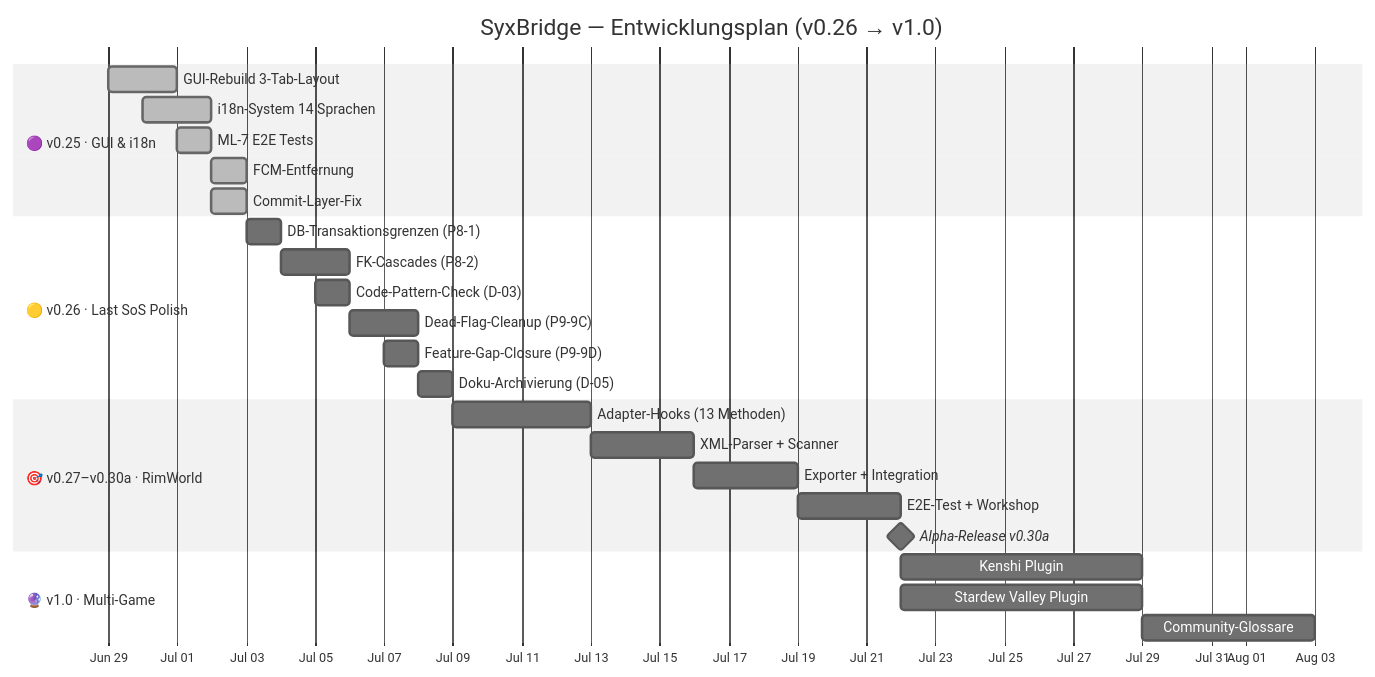
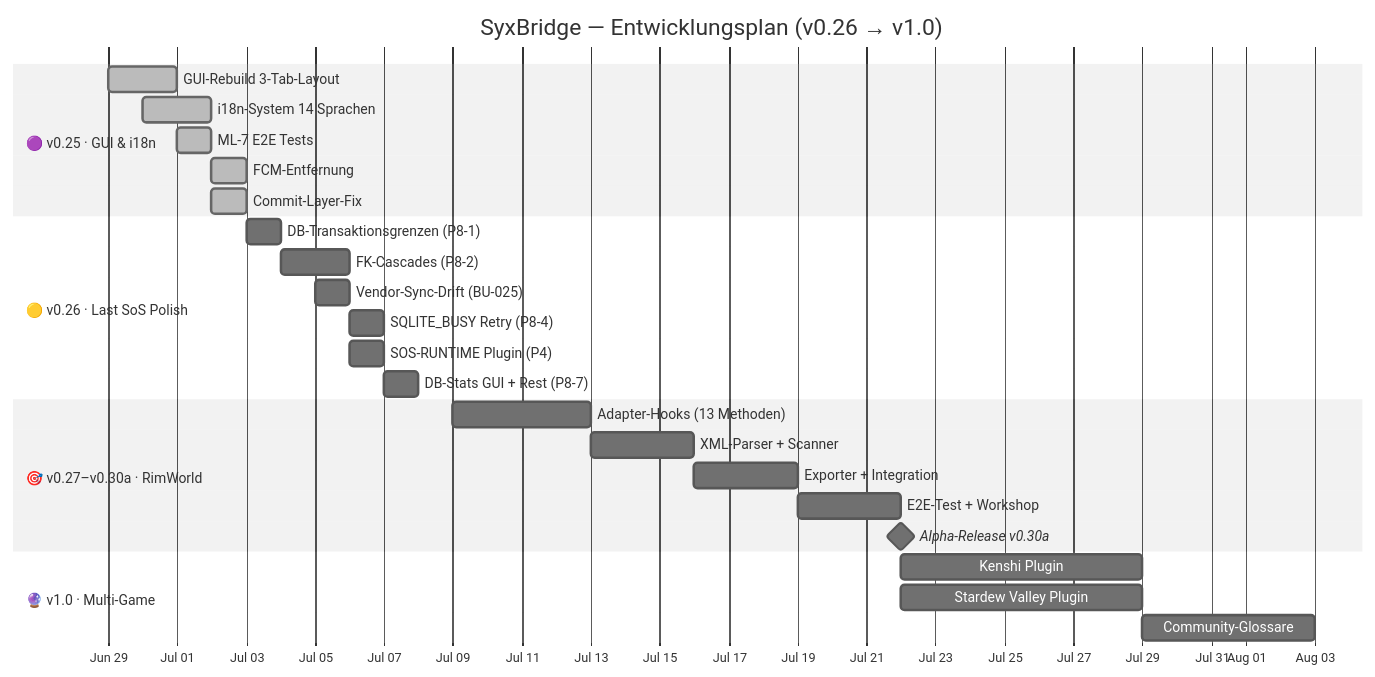
Before and after one commit to vannon091118/Syx_Bridge-Auto-Translate-Mods: the second of 2 diagrams in ROADMAP.md, drawn with Mermaid (neutral theme). The commit also changed other lines of this file and 6 other files, not shown here.

````diff
--- a/ROADMAP.md
+++ b/ROADMAP.md
@@ -130,33 +128,33 @@
 ```mermaid
 gantt
     title SyxBridge — Entwicklungsplan (v0.26 → v1.0)
     dateFormat  YYYY-MM-DD
     axisFormat  %b %d
     
     section 🟣 v0.25 · GUI & i18n
         GUI-Rebuild 3-Tab-Layout       :done, gui1, 2026-06-29, 2d
         i18n-System 14 Sprachen         :done, i18n, 2026-06-30, 2d
         ML-7 E2E Tests                  :done, e2e, 2026-07-01, 1d
         FCM-Entfernung                  :done, fcm, 2026-07-02, 1d
         Commit-Layer-Fix                :done, clfix, 2026-07-02, 1d
     
     section 🟡 v0.26 · Last SoS Polish
         DB-Transaktionsgrenzen (P8-1)   :p8a, 2026-07-03, 1d
         FK-Cascades (P8-2)              :p8b, 2026-07-04, 2d
-        Code-Pattern-Check (D-03)       :d03, 2026-07-05, 1d
-        Dead-Flag-Cleanup (P9-9C)       :df, 2026-07-06, 2d
-        Feature-Gap-Closure (P9-9D)     :fg, 2026-07-07, 1d
-        Doku-Archivierung (D-05)        :d05, 2026-07-08, 1d
+        Vendor-Sync-Drift (BU-025)      :bu025, 2026-07-05, 1d
+        SQLITE_BUSY Retry (P8-4)        :p8c, 2026-07-06, 1d
+        SOS-RUNTIME Plugin (P4)         :p4, 2026-07-06, 1d
+        DB-Stats GUI + Rest (P8-7)      :p8d, 2026-07-07, 1d
     
     section 🎯 v0.27–v0.30a · RimWorld
         Adapter-Hooks (13 Methoden)     :rw1, 2026-07-09, 4d
         XML-Parser + Scanner            :rw2, 2026-07-13, 3d
         Exporter + Integration          :rw3, after rw2, 3d
         E2E-Test + Workshop             :rw4, after rw3, 3d
         Alpha-Release v0.30a            :milestone, after rw4, 0d
     
     section 🔮 v1.0 · Multi-Game
         Kenshi Plugin                   :kenshi, after rw4, 7d
         Stardew Valley Plugin           :sdv, after rw4, 7d
         Community-Glossare              :gloss, after kenshi, 5d
 ```
````
